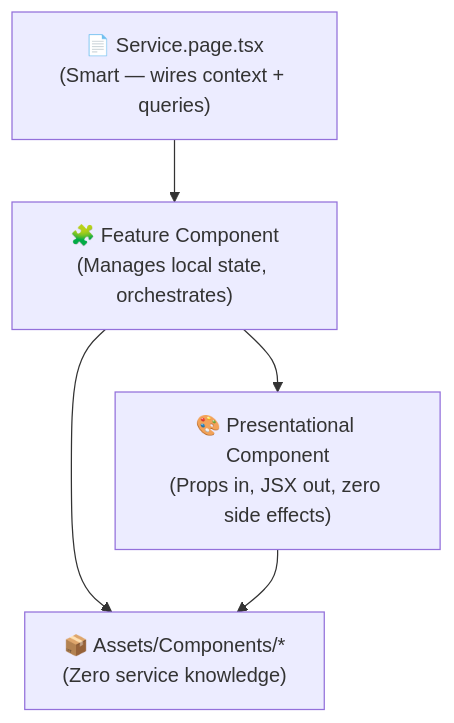
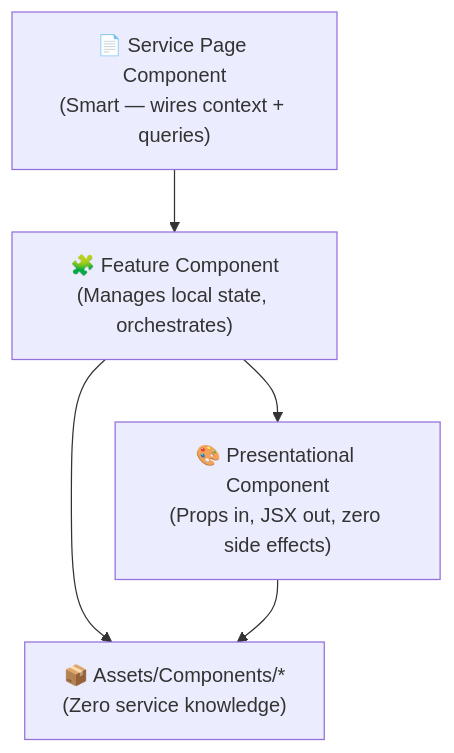
The fifth of 7 diagrams in ARCHITECTURE.md (LearnForgeDev/Frontend), drawn with Mermaid before and after one commit. The commit also changed other lines of this file and 1 other file, not shown here.

Commit message:
docs: update architecture documentation and tech stack versions

````diff
--- a/ARCHITECTURE.md
+++ b/ARCHITECTURE.md
@@ -371,12 +383,12 @@
 ```mermaid
 graph TD
-    Page["📄 Service.page.tsx<br/>(Smart — wires context + queries)"]
+    Page["📄 Service Page Component<br/>(Smart — wires context + queries)"]
     Feature["🧩 Feature Component<br/>(Manages local state, orchestrates)"]
     Presentational["🎨 Presentational Component<br/>(Props in, JSX out, zero side effects)"]
     Shared["📦 Assets/Components/*<br/>(Zero service knowledge)"]
-
+ 
     Page --> Feature
     Feature --> Presentational
     Feature --> Shared
     Presentational --> Shared
 ```
````
